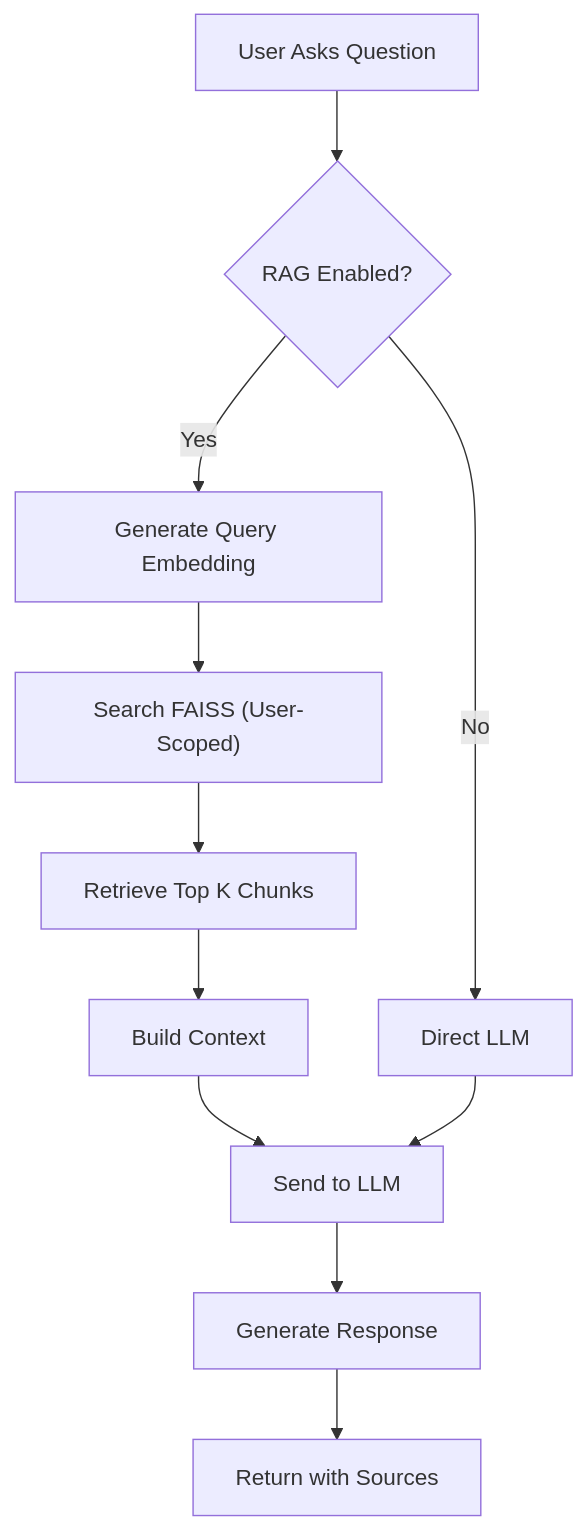
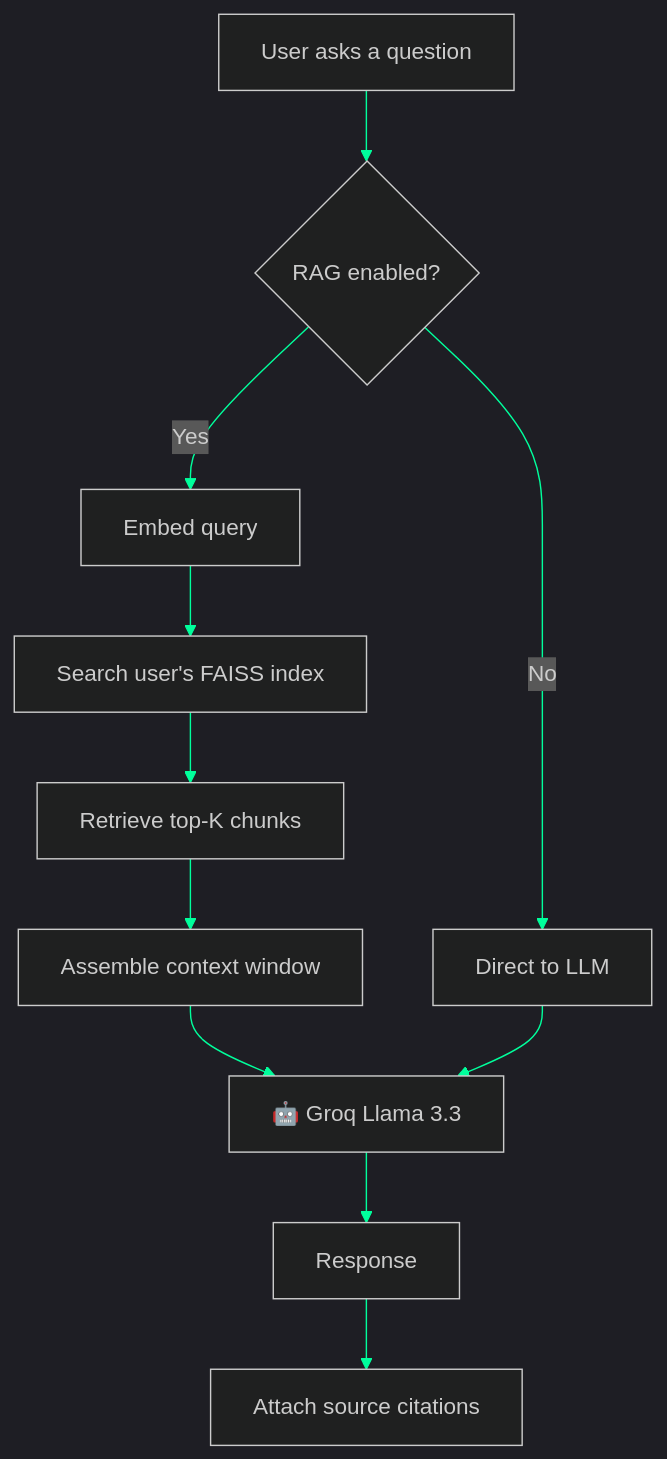
Before and after one commit to fasih245/Vision-Fleet-AI: the third of 4 diagrams in README.md, drawn with Mermaid. The commit also changed other lines of this file, not shown here.

````diff
--- a/README.md
+++ b/README.md
@@ -397,13 +193,14 @@
 ```mermaid
+%%{init: {'theme':'dark','themeVariables':{'primaryColor':'#0D1117','primaryTextColor':'#00FF9C','primaryBorderColor':'#00FF9C','lineColor':'#00FF9C','fontFamily':'JetBrains Mono, monospace'}}}%%
 graph TD
-    A[User Asks Question] --> B{RAG Enabled?}
-    B -->|Yes| C[Generate Query Embedding]
-    B -->|No| D[Direct LLM]
-    C --> E["Search FAISS (User-Scoped)"]
-    E --> F[Retrieve Top K Chunks]
-    F --> G[Build Context]
-    G --> H[Send to LLM]
+    A["User asks a question"] --> B{"RAG enabled?"}
+    B -->|Yes| C["Embed query"]
+    B -->|No| D["Direct to LLM"]
+    C --> E["Search user's FAISS index"]
+    E --> F["Retrieve top-K chunks"]
+    F --> G["Assemble context window"]
+    G --> H["🤖 Groq Llama 3.3"]
     D --> H
-    H --> I[Generate Response]
-    I --> J[Return with Sources]
+    H --> I["Response"]
+    I --> J["Attach source citations"]
 ```
````
